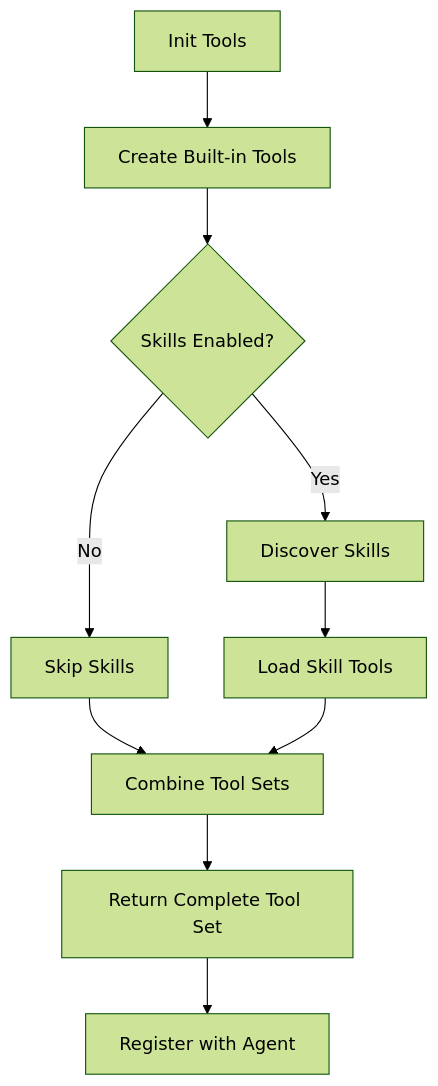
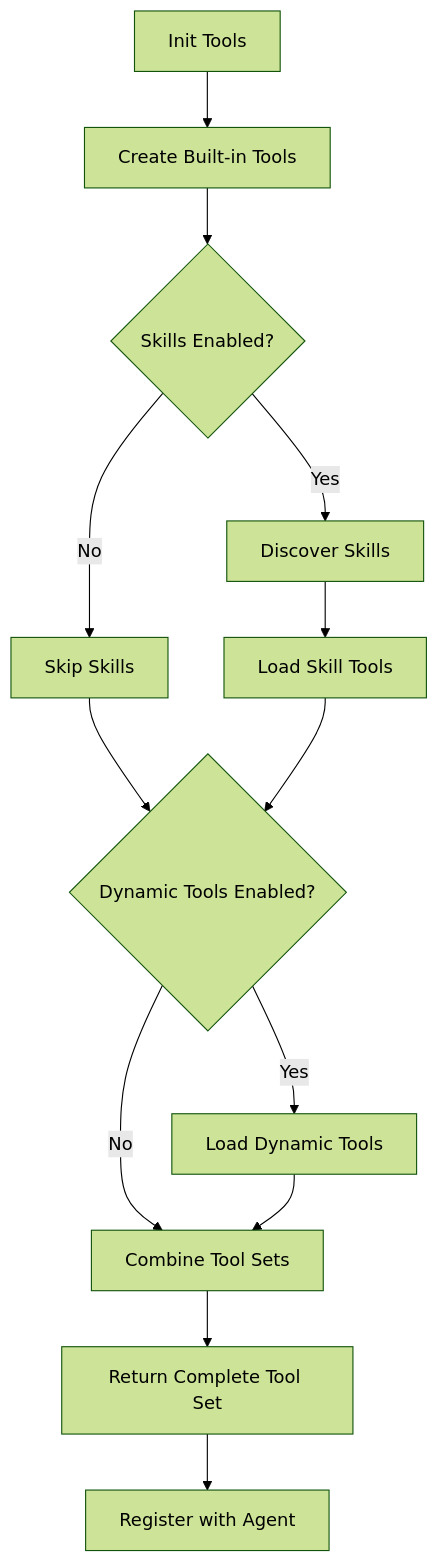
Before and after one commit to travisennis/acai-ts: the eighth of 10 diagrams in ARCHITECTURE.md, drawn with Mermaid (forest theme). The commit also changed other lines of this file and 5 other files, not shown here.

First line of the commit message:
feat: add dynamic tool loader for custom tools

````diff
--- a/ARCHITECTURE.md
+++ b/ARCHITECTURE.md
@@ -730,15 +731,19 @@
 ```mermaid
 flowchart TD
     A[Init Tools] --> B[Create Built-in Tools]
     B --> C{Skills Enabled?}
     
     C -->|Yes| D[Discover Skills]
     C -->|No| E[Skip Skills]
     
     D --> F[Load Skill Tools]
-    E --> G[Combine Tool Sets]
+    E --> G{ Dynamic Tools Enabled? }
+    
     F --> G
+    G -->|Yes| H[Load Dynamic Tools]
+    G -->|No| I[Combine Tool Sets]
     
-    G --> H[Return Complete Tool Set]
-    H --> I[Register with Agent]
+    H --> I
+    I --> J[Return Complete Tool Set]
+    J --> K[Register with Agent]
 ```
````
